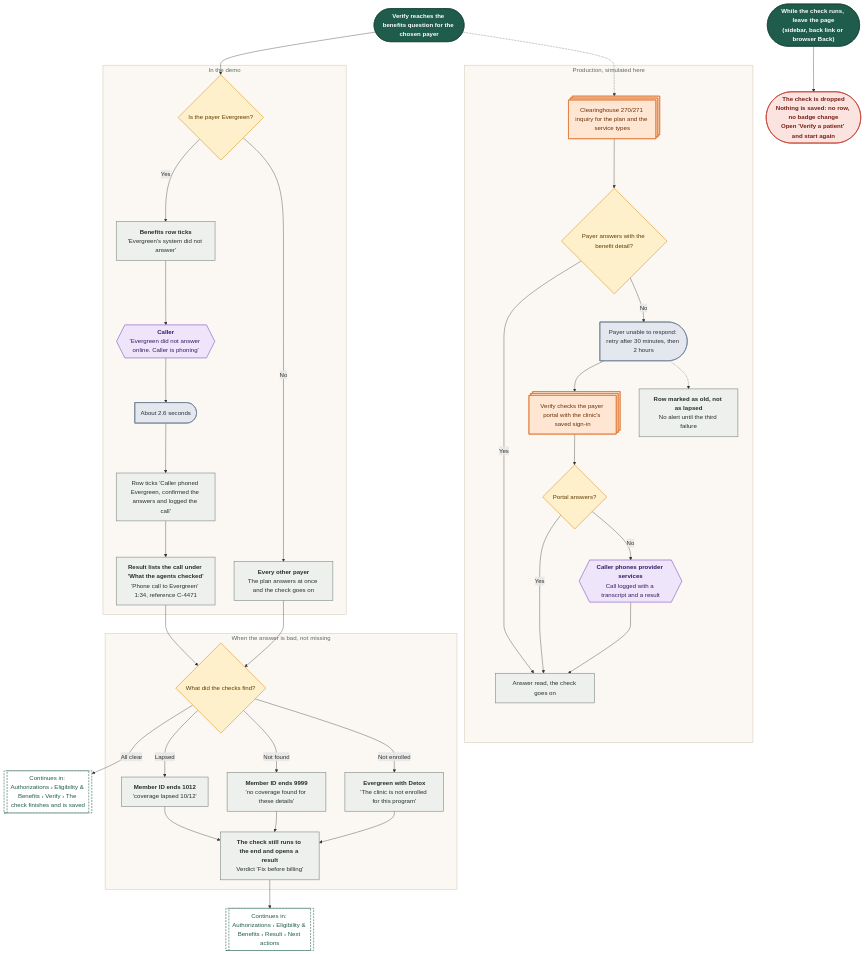
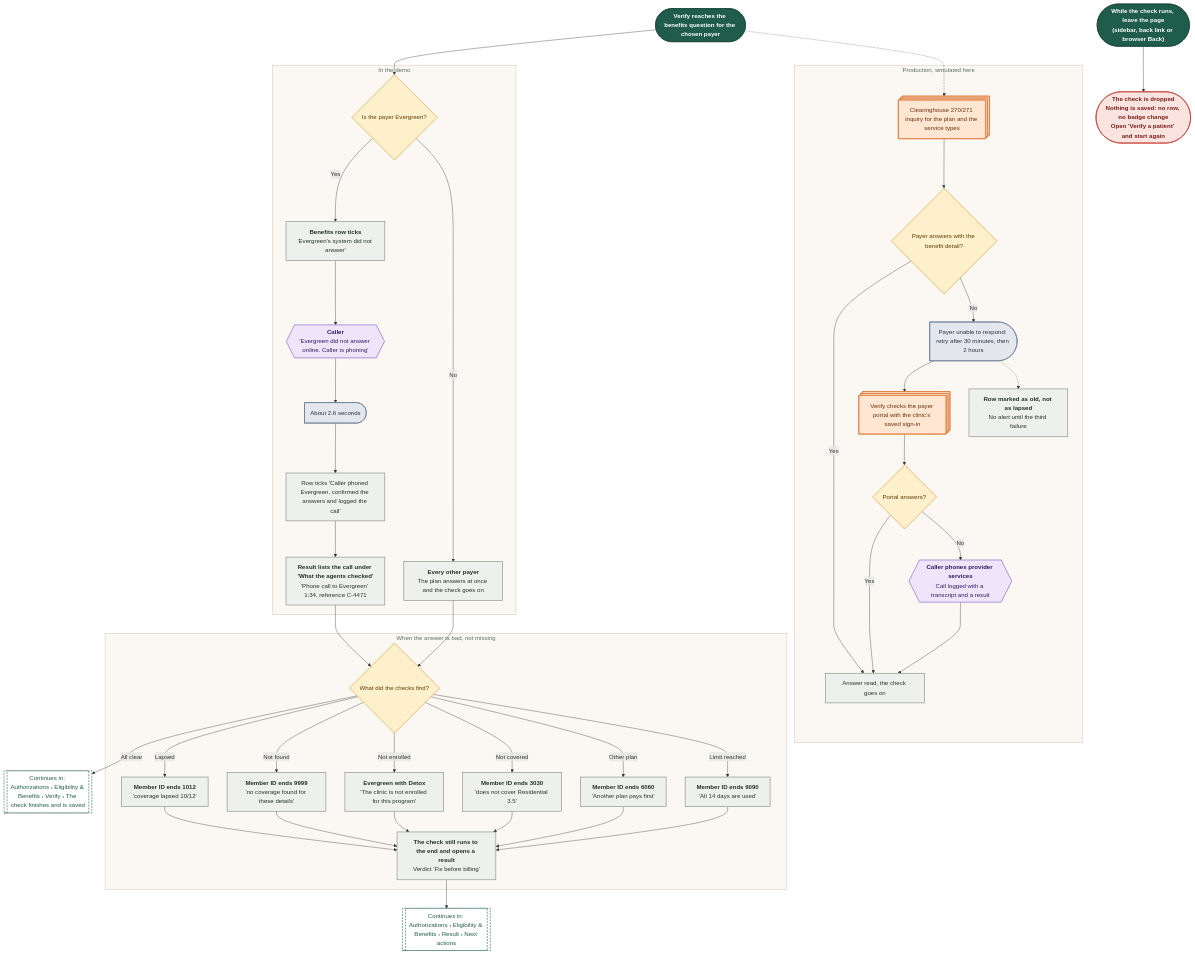
The ninth of 19 diagrams in demos/prior-auth-demo/workflows/out/md/05-eligibility.md (Shrav143/psyfloapp), drawn with Mermaid before and after one commit. The commit also changed other lines of this file and 195 other files, not shown here.

First line of the commit message:
docs: Rebuild workflow diagrams after the demo fixes (220 diagrams)

```diff
--- a/demos/prior-auth-demo/workflows/out/md/05-eligibility.md
+++ b/demos/prior-auth-demo/workflows/out/md/05-eligibility.md
@@ -584,6 +686,9 @@
   b2@{ shape: rect, label: "<b>Member ID ends 1012</b><br/>'coverage lapsed 10/12'" }
   b3@{ shape: rect, label: "<b>Member ID ends 9999</b><br/>'no coverage found for these details'" }
   b4@{ shape: rect, label: "<b>Evergreen with Detox</b><br/>'The clinic is not enrolled for this program'" }
+  b6@{ shape: rect, label: "<b>Member ID ends 3030</b><br/>'does not cover Residential 3.5'" }
+  b7@{ shape: rect, label: "<b>Member ID ends 6060</b><br/>'Another plan pays first'" }
+  b8@{ shape: rect, label: "<b>Member ID ends 9090</b><br/>'All 14 days are used'" }
   b5@{ shape: rect, label: "<b>The check still runs to the end and opens a result</b><br/>Verdict 'Fix before billing'" }
   end
   s2@{ shape: stadium, label: "<b>While the check runs, leave the page</b><br/>(sidebar, back link or browser Back)" }
@@ -597,6 +702,9 @@
   b1 -->|"Lapsed"| b2 --> b5
   b1 -->|"Not found"| b3 --> b5
   b1 -->|"Not enrolled"| b4 --> b5
+  b1 -->|"Not covered"| b6 --> b5
+  b1 -->|"Other plan"| b7 --> b5
+  b1 -->|"Limit reached"| b8 --> b5
   b5 --> g1
   s1 -.-> r1
   r1 --> r2
@@ -608,7 +716,7 @@
   s2 --> e1
   class s1,s2 k_start
   class d1,r2,r5,b1 k_decision
-  class p1,p2,p3,p4,r7,r8,b2,b3,b4,b5 k_process
+  class p1,p2,p3,p4,r7,r8,b2,b3,b4,b6,b7,b8,b5 k_process
   class a1,r6 k_agent
   class w1,r3 k_wait
   class r1,r4 k_ext
```
